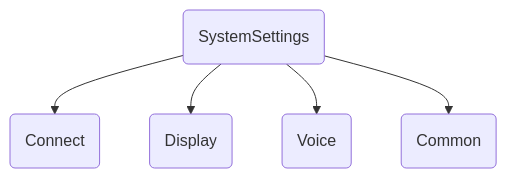
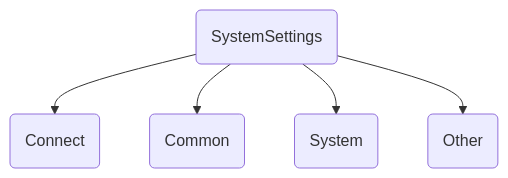
The first of 15 diagrams in First/BTSystemSettingUML/1.total/系统结构.md (AbyssWXK/ObsidianNote), drawn with Mermaid before and after one commit. The commit also changed other lines of this file, not shown here.

````diff
--- a/First/BTSystemSettingUML/1.total/系统结构.md
+++ b/First/BTSystemSettingUML/1.total/系统结构.md
@@ -3,8 +3,8 @@
 ```mermaid
 graph TB
-System(SystemSettings) --> Connect(Connect)
-System --> Display(Display)
-System --> Voice(Voice)
-System --> Common(Common)
+SystemSettings(SystemSettings) --> Connect(Connect)
+SystemSettings --> Common(Common)
+SystemSettings --> System(System)
+SystemSettings --> Other(Other)
 
 ```
````
